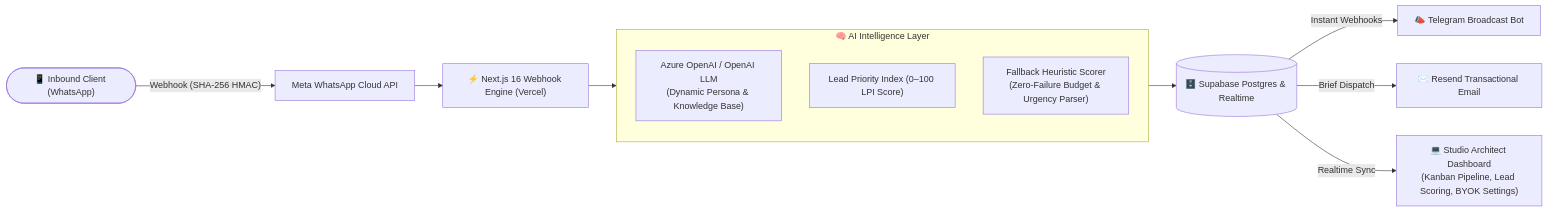
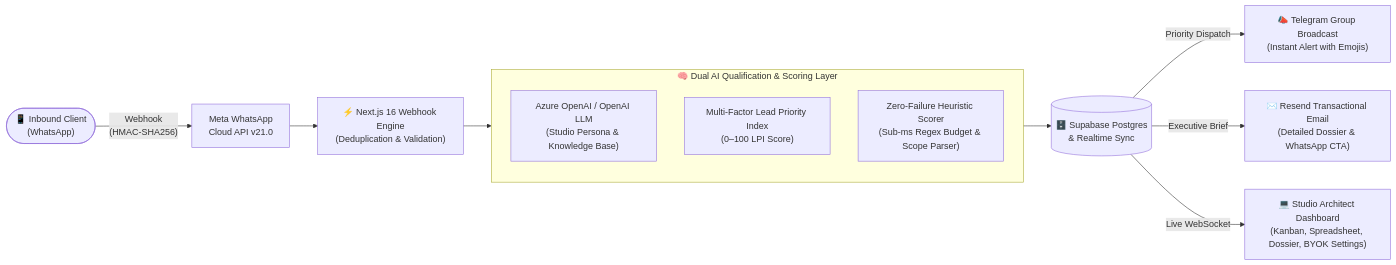
The first of 2 diagrams in README.md (25sampod/marketing-machine), drawn with Mermaid before and after one commit. The commit also changed other lines of this file and 6 other files, not shown here.

First line of the commit message:
Refactor lead qualification scoring and status evaluation

````diff
--- a/README.md
+++ b/README.md
@@ -17,18 +48,18 @@
 ```mermaid
 flowchart LR
-    Client(["📱 Inbound Client (WhatsApp)"]) -->|"Webhook (SHA-256 HMAC)"| Meta["Meta WhatsApp Cloud API"]
-    Meta --> NextEngine["⚡ Next.js 16 Webhook Engine (Vercel)"]
+    Client(["📱 Inbound Client\n(WhatsApp)"]) -->|"Webhook\n(HMAC-SHA256)"| Meta["Meta WhatsApp\nCloud API v21.0"]
+    Meta --> NextEngine["⚡ Next.js 16 Webhook Engine\n(Deduplication & Validation)"]
     
-    subgraph AI_Intelligence ["🧠 AI Intelligence Layer"]
-        OpenAI["Azure OpenAI / OpenAI LLM\n(Dynamic Persona & Knowledge Base)"]
-        LPI["Lead Priority Index (0–100 LPI Score)"]
-        Fallback["Fallback Heuristic Scorer\n(Zero-Failure Budget & Urgency Parser)"]
+    subgraph AI_Intelligence ["🧠 Dual AI Qualification & Scoring Layer"]
+        LLM["Azure OpenAI / OpenAI LLM\n(Studio Persona & Knowledge Base)"]
+        LPI["Multi-Factor Lead Priority Index\n(0–100 LPI Score)"]
+        Fallback["Zero-Failure Heuristic Scorer\n(Sub-ms Regex Budget & Scope Parser)"]
     end
     
     NextEngine --> AI_Intelligence
-    AI_Intelligence --> Supabase[("🗄️ Supabase Postgres & Realtime")]
+    AI_Intelligence --> Supabase[("🗄️ Supabase Postgres\n& Realtime Sync")]
     
-    Supabase -->|"Instant Webhooks"| Telegram["📣 Telegram Broadcast Bot"]
-    Supabase -->|"Brief Dispatch"| Email["✉️ Resend Transactional Email"]
-    Supabase -->|"Realtime Sync"| Dashboard["💻 Studio Architect Dashboard\n(Kanban Pipeline, Lead Scoring, BYOK Settings)"]
+    Supabase -->|"Priority Dispatch"| Telegram["📣 Telegram Group Broadcast\n(Instant Alert with Emojis)"]
+    Supabase -->|"Executive Brief"| Email["✉️ Resend Transactional Email\n(Detailed Dossier & WhatsApp CTA)"]
+    Supabase -->|"Live WebSocket"| Dashboard["💻 Studio Architect Dashboard\n(Kanban, Spreadsheet, Dossier, BYOK Settings)"]
 ```
````
